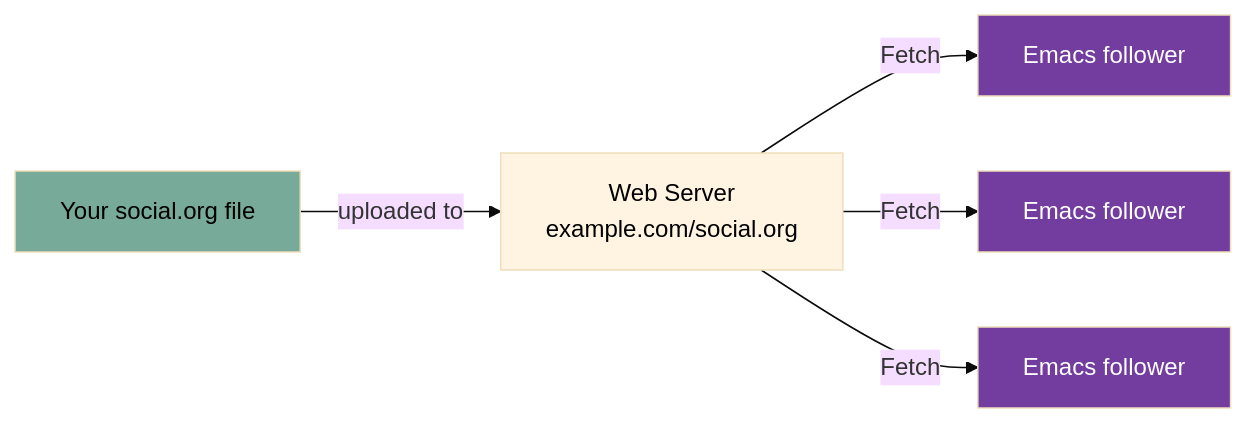
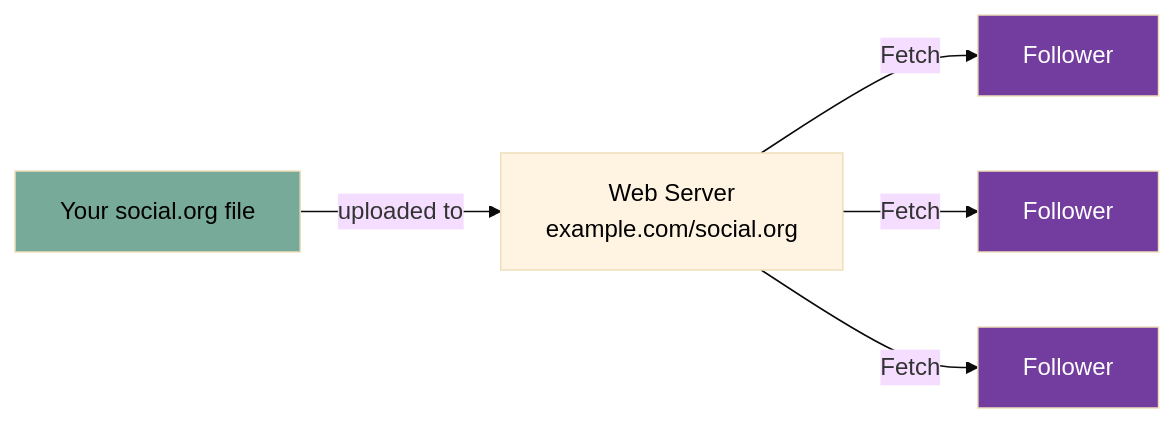
The first of 5 diagrams in README.md (tanrax/org-social), drawn with Mermaid (base theme) before and after one commit. The commit also changed other lines of this file and 1 other file, not shown here.

````diff
--- a/README.md
+++ b/README.md
@@ -17,11 +17,11 @@
 ```mermaid
 flowchart LR
     A["Your social.org file"] -- uploaded to --> B["Web Server<br/>example.com/social.org"]
-    B -- Fetch --> C["Emacs follower"] & D["Emacs follower"] & E["Emacs follower"]
+    B -- Fetch --> C["Follower"] & D["Follower"] & E["Follower"]
 
     style A fill:#77aa99,color:black
     style B fill:#fff4e1,color:black
     style C fill:#733c9f ,color:white
     style D fill:#733c9f,color:white
     style E fill:#733c9f,color:white
 ```
````
